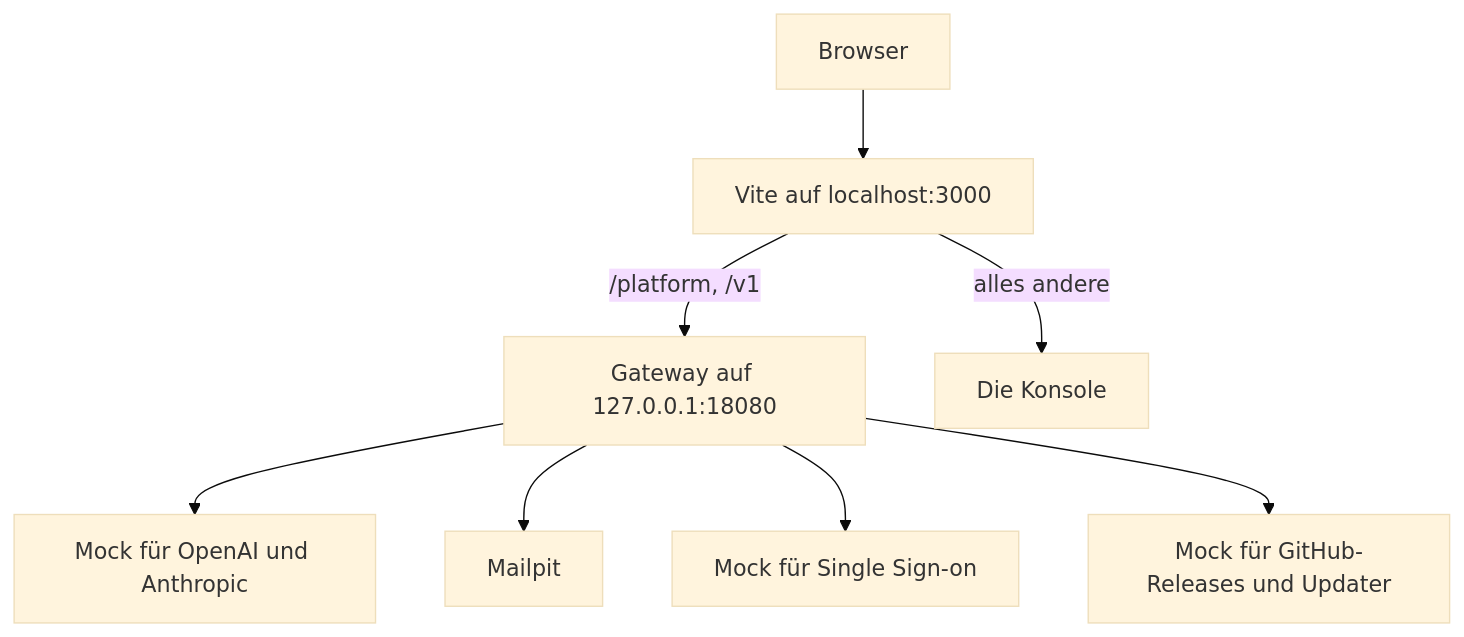
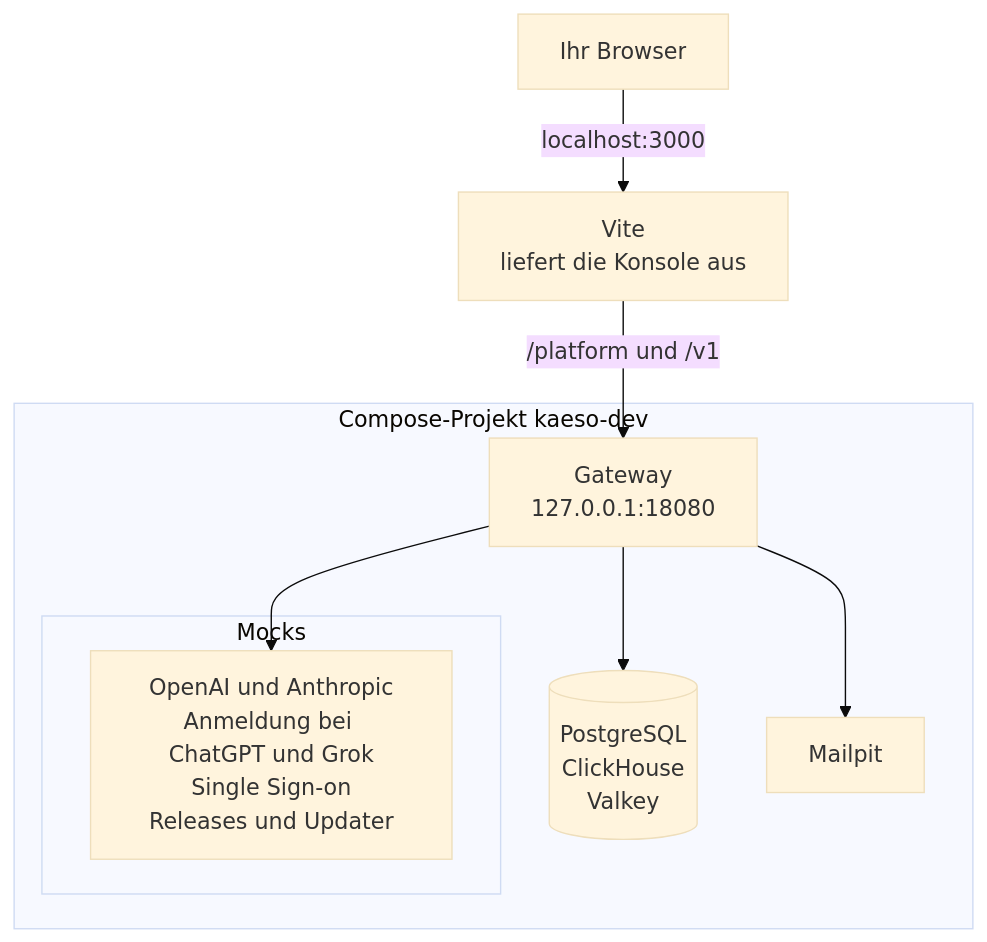
The diagram in apps/docs/content/de/development/stack.md (logicplanes/kaeso), drawn with Mermaid (base theme) before and after one commit. The commit also changed 89 other files, not shown here.

First line of the commit message:
Redraw the development pages' diagrams around what a contributor changes

````diff
--- a/apps/docs/content/de/development/stack.md
+++ b/apps/docs/content/de/development/stack.md
@@ -9,12 +9,18 @@
 ```mermaid
 flowchart TD
   accTitle: Der Entwicklungs-Stack
-  accDescr: Der Browser öffnet Vite auf localhost:3000. Vite leitet /platform und /v1 an das Gateway auf 127.0.0.1:18080 weiter und liefert für alles andere die Konsole aus. Das Gateway ruft die Mock-Anbieter, Mailpit, den Mock-Identitätsanbieter sowie die Mock-Releases und den Mock-Updater auf.
-  browser[Browser] --> vite[Vite auf localhost:3000]
-  vite -- /platform, /v1 --> gateway[Gateway auf 127.0.0.1:18080]
-  vite -- alles andere --> console[Die Konsole]
-  gateway --> provider[Mock für OpenAI und Anthropic]
-  gateway --> mail[Mailpit]
-  gateway --> idp[Mock für Single Sign-on]
-  gateway --> releases[Mock für GitHub-Releases und Updater]
+  accDescr: Ihr Browser öffnet Vite auf localhost:3000. Vite liefert die Konsole aus und leitet /platform und /v1 an das Gateway auf 127.0.0.1:18080 weiter. Das Gateway läuft im Compose-Projekt kaeso-dev mit PostgreSQL, ClickHouse und Valkey und ruft die Mock-Anbieter, den Mock für ChatGPT- und Grok-Anmeldung, den Mock für Single Sign-on, die Mock-Releases und den Mock-Updater sowie Mailpit auf.
+  browser[Ihr Browser]:::outside -- localhost:3000 --> vite[Vite<br>liefert die Konsole aus]
+  vite -- /platform und /v1 --> gateway
+  subgraph stack [Compose-Projekt kaeso-dev]
+    gateway[Gateway<br>127.0.0.1:18080]:::accent
+    data[(PostgreSQL<br>ClickHouse<br>Valkey)]
+    subgraph mock [Mocks]
+      mocks[OpenAI und Anthropic<br>Anmeldung bei ChatGPT und Grok<br>Single Sign-on<br>Releases und Updater]
+    end
+    mail[Mailpit]
+  end
+  gateway --> data
+  gateway --> mocks
+  gateway --> mail
 ```
````
